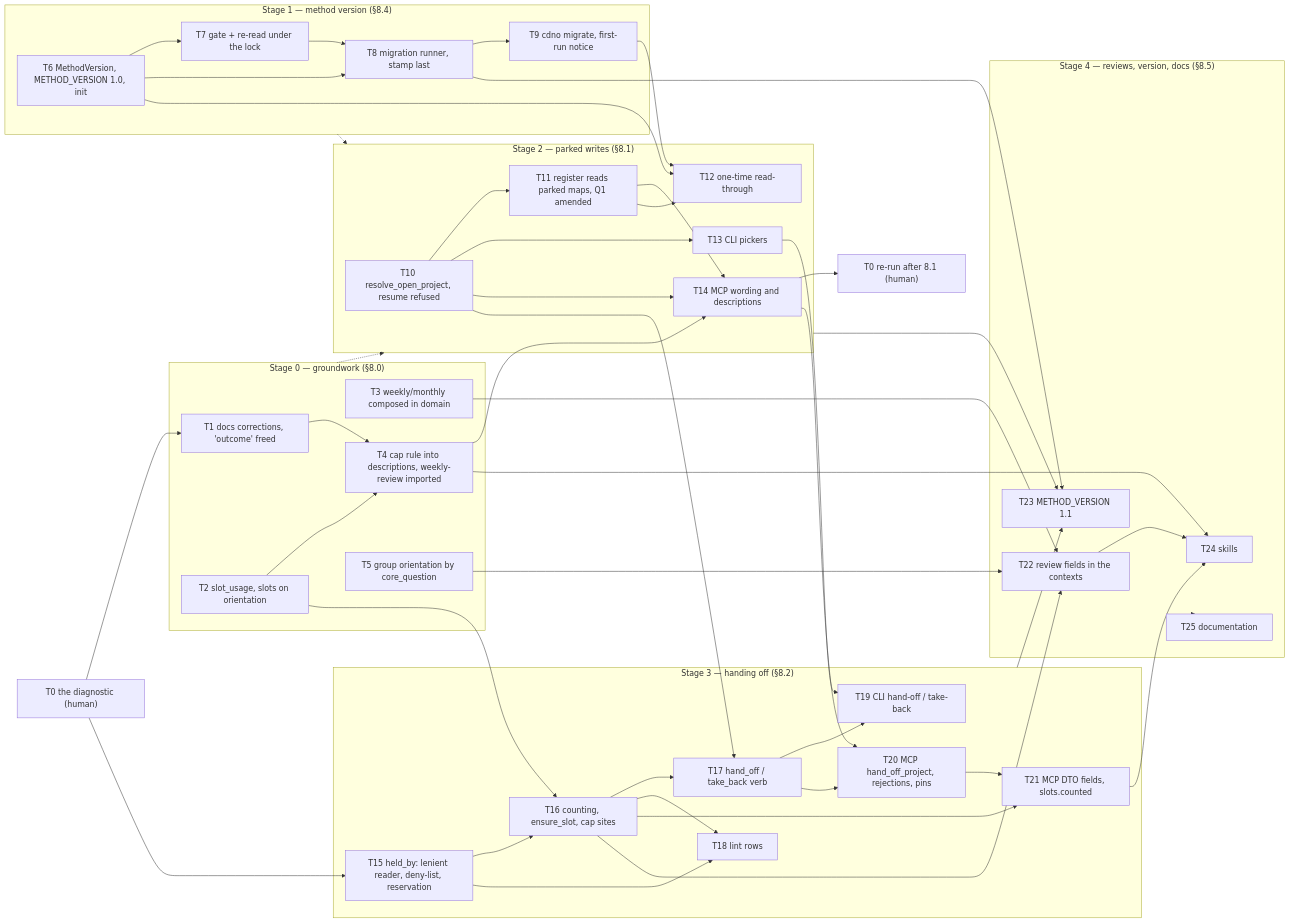
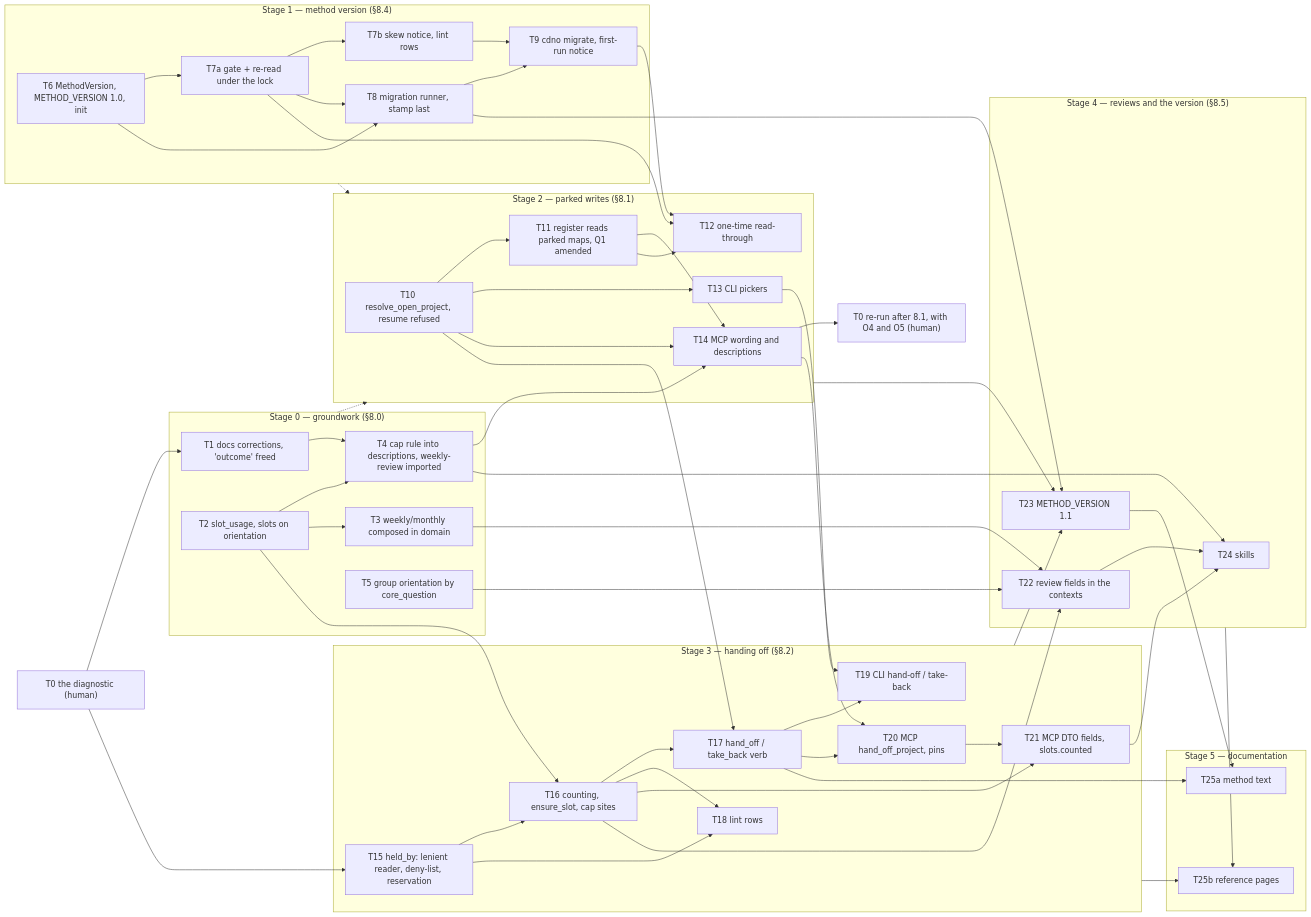
One commit to agustinvalencia/cuaderno changed the diagram in docs/rfcs/0006-implementation-plan.md. Above: the diagram before and after it, drawn with Mermaid. The commit also changed other lines of this file, not shown here.

First line of the commit message:
docs: RFC 0006 implementation plan, amended after review

````diff
--- a/docs/rfcs/0006-implementation-plan.md
+++ b/docs/rfcs/0006-implementation-plan.md
@@ -115,7 +157,7 @@
 ```mermaid
 flowchart LR
     T0["T0 the diagnostic (human)"]
-    T0b["T0 re-run after 8.1 (human)"]
+    T0b["T0 re-run after 8.1, with O4 and O5 (human)"]
     subgraph S0["Stage 0 — groundwork (§8.0)"]
         T1["T1 docs corrections, 'outcome' freed"]
         T2["T2 slot_usage, slots on orientation"]
@@ -125,7 +167,8 @@
     end
     subgraph S1["Stage 1 — method version (§8.4)"]
         T6["T6 MethodVersion, METHOD_VERSION 1.0, init"]
-        T7["T7 gate + re-read under the lock"]
+        T7a["T7a gate + re-read under the lock"]
+        T7b["T7b skew notice, lint rows"]
         T8["T8 migration runner, stamp last"]
         T9["T9 cdno migrate, first-run notice"]
     end
@@ -142,14 +185,17 @@
         T17["T17 hand_off / take_back verb"]
         T18["T18 lint rows"]
         T19["T19 CLI hand-off / take-back"]
-        T20["T20 MCP hand_off_project, rejections, pins"]
+        T20["T20 MCP hand_off_project, pins"]
         T21["T21 MCP DTO fields, slots.counted"]
     end
-    subgraph S4["Stage 4 — reviews, version, docs (§8.5)"]
+    subgraph S4["Stage 4 — reviews and the version (§8.5)"]
         T22["T22 review fields in the contexts"]
         T23["T23 METHOD_VERSION 1.1"]
         T24["T24 skills"]
-        T25["T25 documentation"]
+    end
+    subgraph S5["Stage 5 — documentation"]
+        T25a["T25a method text"]
+        T25b["T25b reference pages"]
     end
 
     T0 --> T1
@@ -157,10 +203,13 @@
     T14 --> T0b
     T1 --> T4
     T2 --> T4
-    T6 --> T7
+    T2 --> T3
+    T6 --> T7a
+    T7a --> T7b
     T6 --> T8
-    T7 --> T8
+    T7a --> T8
     T8 --> T9
+    T7b --> T9
     S0 -.-> S2
     S1 -.-> S2
     T10 --> T11
@@ -168,7 +217,7 @@
     T10 --> T14
     T11 --> T14
     T4 --> T14
-    T6 --> T12
+    T7a --> T12
     T9 --> T12
     T11 --> T12
     T2 --> T16
@@ -192,5 +241,8 @@
     T4 --> T24
     T21 --> T24
     T22 --> T24
-    S4 --> T25
+    T23 --> T25a
+    T17 --> T25a
+    S4 --> T25b
+    S3 --> T25b
 ```
````
